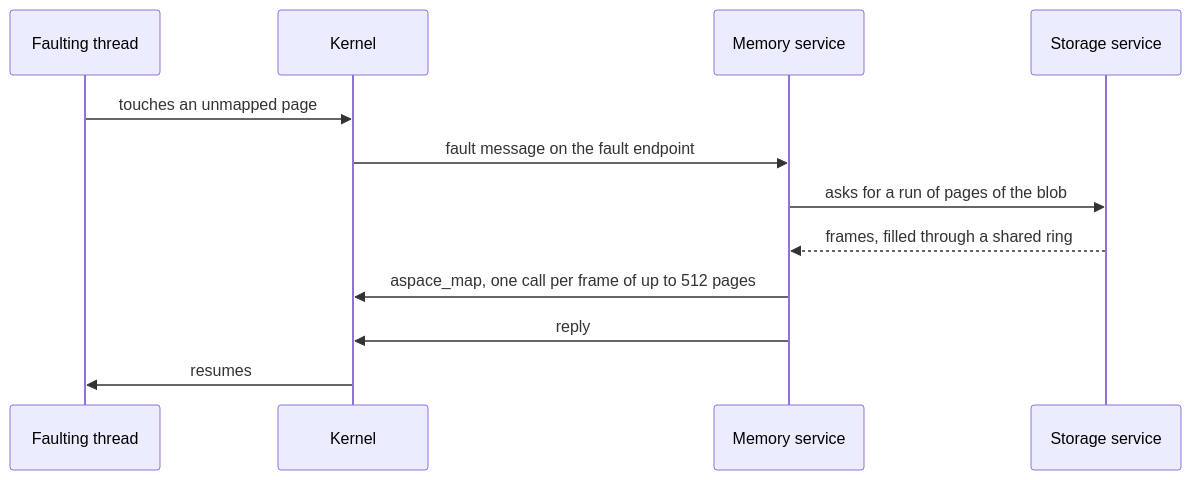
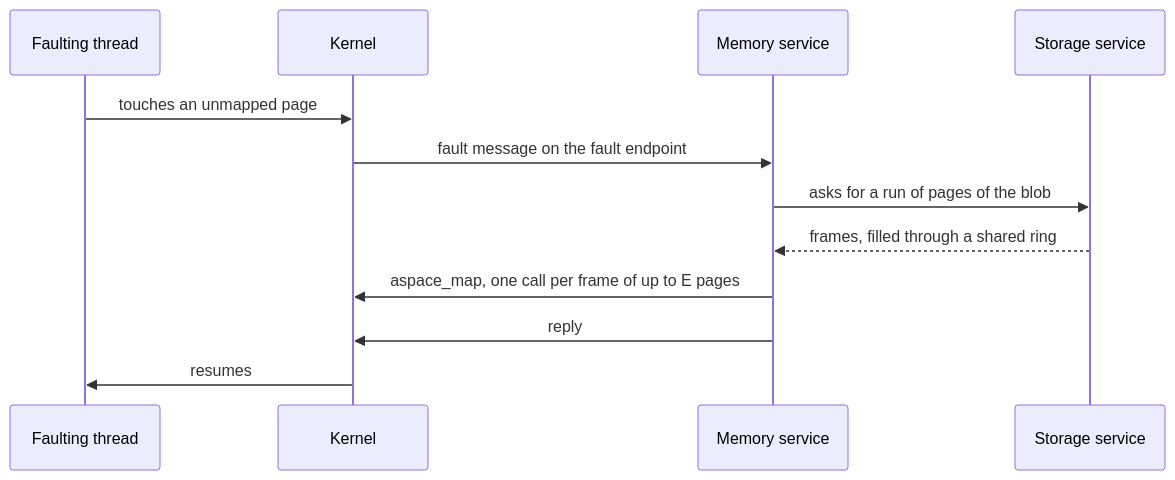
The second of 3 diagrams in architecture/kernel-interface.md (LES-RATS/dodos-doc), drawn with Mermaid before and after one commit. The commit also changed other lines of this file, not shown here.

````diff
--- a/architecture/kernel-interface.md
+++ b/architecture/kernel-interface.md
@@ -758,14 +782,14 @@
 ```mermaid
 sequenceDiagram
     participant T as Faulting thread
     participant K as Kernel
     participant M as Memory service
     participant D as Storage service
     T->>K: touches an unmapped page
     K->>M: fault message on the fault endpoint
     M->>D: asks for a run of pages of the blob
     D-->>M: frames, filled through a shared ring
-    M->>K: aspace_map, one call per frame of up to 512 pages
+    M->>K: aspace_map, one call per frame of up to E pages
     M->>K: reply
     K->>T: resumes
 ```
````
